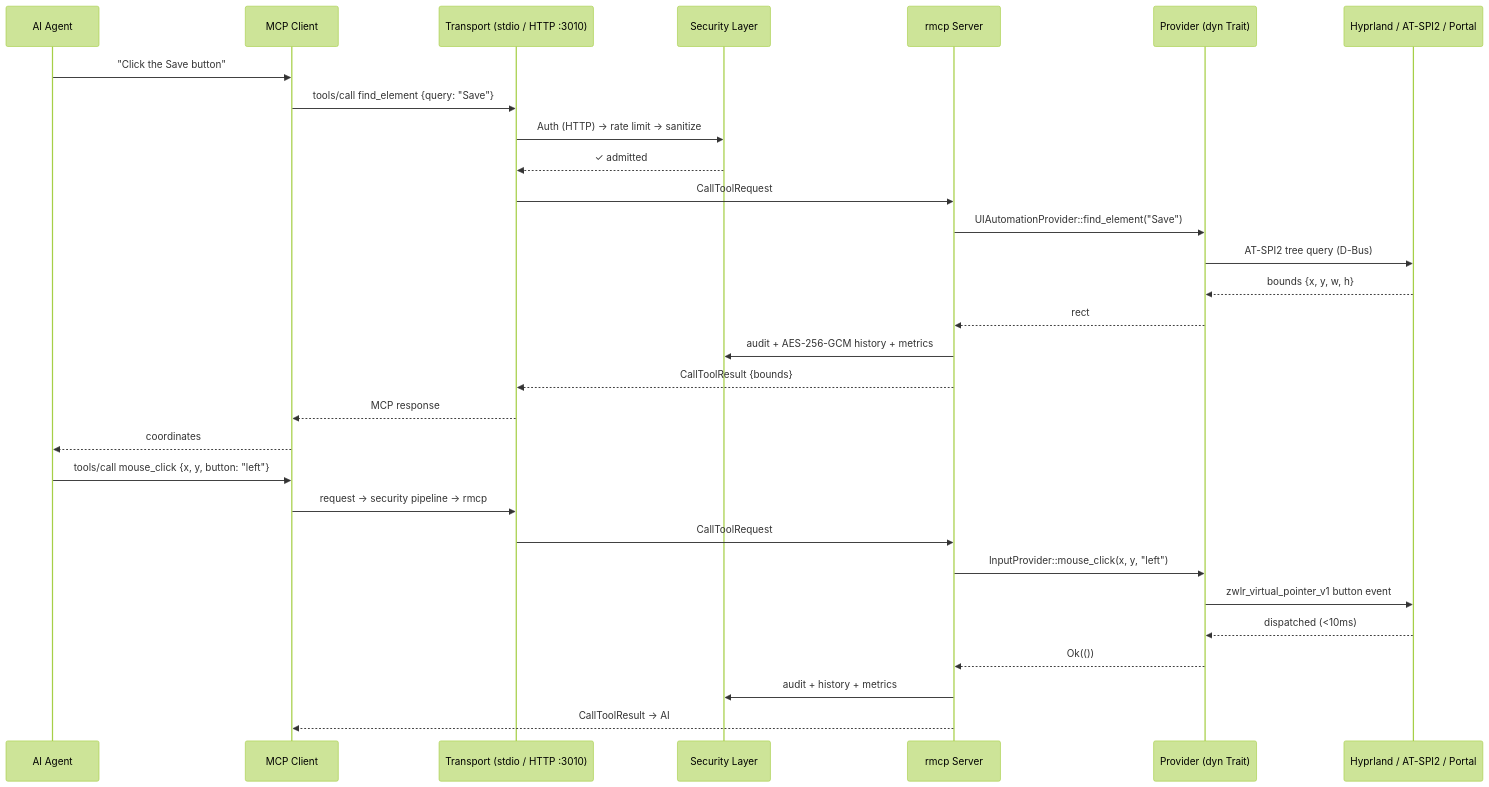
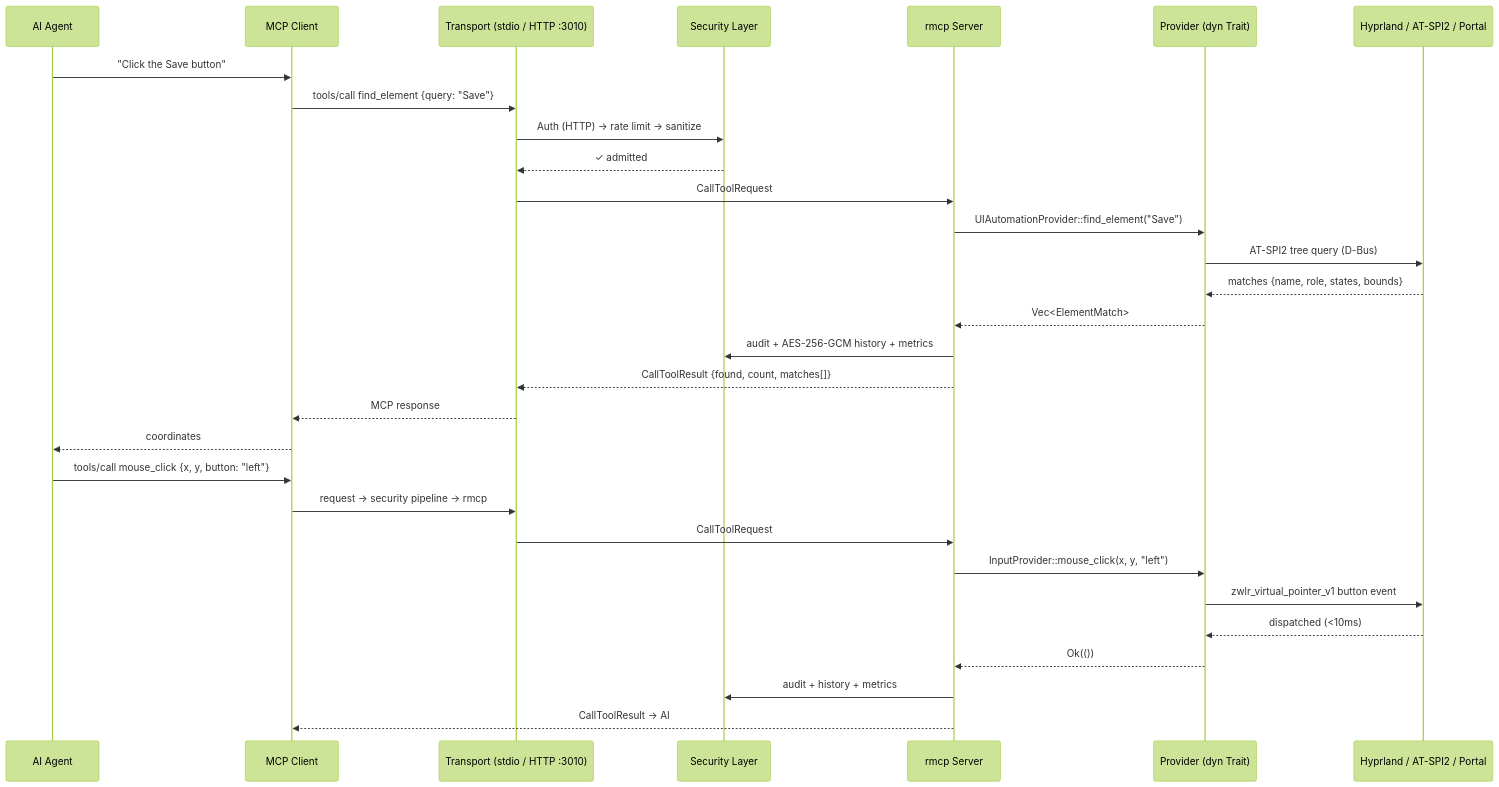
The sixth of 9 diagrams in docs/ARCHITECTURE.md (jxoesneon/ultranix-mcp), drawn with Mermaid (forest theme) before and after one commit. The commit also changed 20 other files, not shown here.

````diff
--- a/docs/ARCHITECTURE.md
+++ b/docs/ARCHITECTURE.md
@@ -449,33 +449,33 @@
 ```mermaid
 sequenceDiagram
     participant AI as AI Agent
     participant MCP as MCP Client
     participant T as Transport (stdio / HTTP :3010)
     participant SEC as Security Layer
     participant RM as rmcp Server
     participant P as Provider (dyn Trait)
     participant OS as Hyprland / AT-SPI2 / Portal
 
     AI->>MCP: "Click the Save button"
     MCP->>T: tools/call find_element {query: "Save"}
     T->>SEC: Auth (HTTP) → rate limit → sanitize
     SEC-->>T: ✓ admitted
     T->>RM: CallToolRequest
     RM->>P: UIAutomationProvider::find_element("Save")
     P->>OS: AT-SPI2 tree query (D-Bus)
-    OS-->>P: bounds {x, y, w, h}
-    P-->>RM: rect
+    OS-->>P: matches {name, role, states, bounds}
+    P-->>RM: Vec<ElementMatch>
     RM->>SEC: audit + AES-256-GCM history + metrics
-    RM-->>T: CallToolResult {bounds}
+    RM-->>T: CallToolResult {found, count, matches[]}
     T-->>MCP: MCP response
     MCP-->>AI: coordinates
     AI->>MCP: tools/call mouse_click {x, y, button: "left"}
     MCP->>T: request → security pipeline → rmcp
     T->>RM: CallToolRequest
     RM->>P: InputProvider::mouse_click(x, y, "left")
     P->>OS: zwlr_virtual_pointer_v1 button event
     OS-->>P: dispatched (<10ms)
     P-->>RM: Ok(())
     RM->>SEC: audit + history + metrics
     RM-->>MCP: CallToolResult → AI
 ```
````
